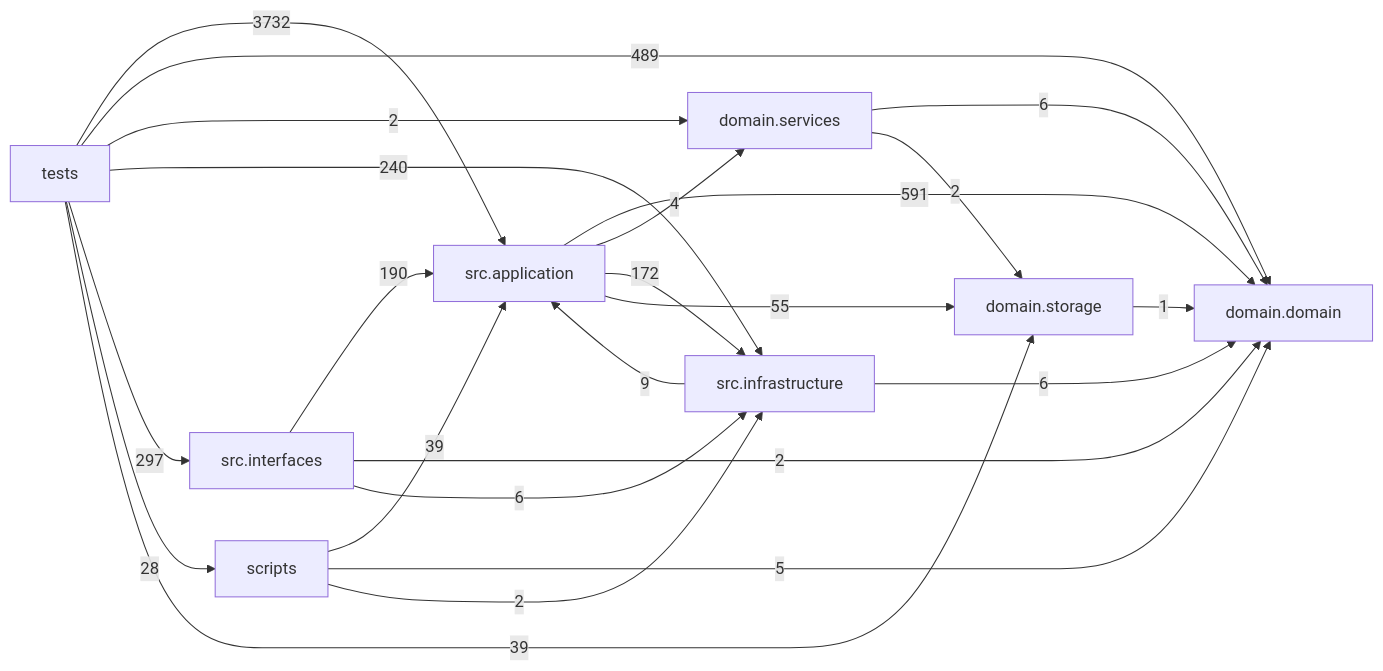
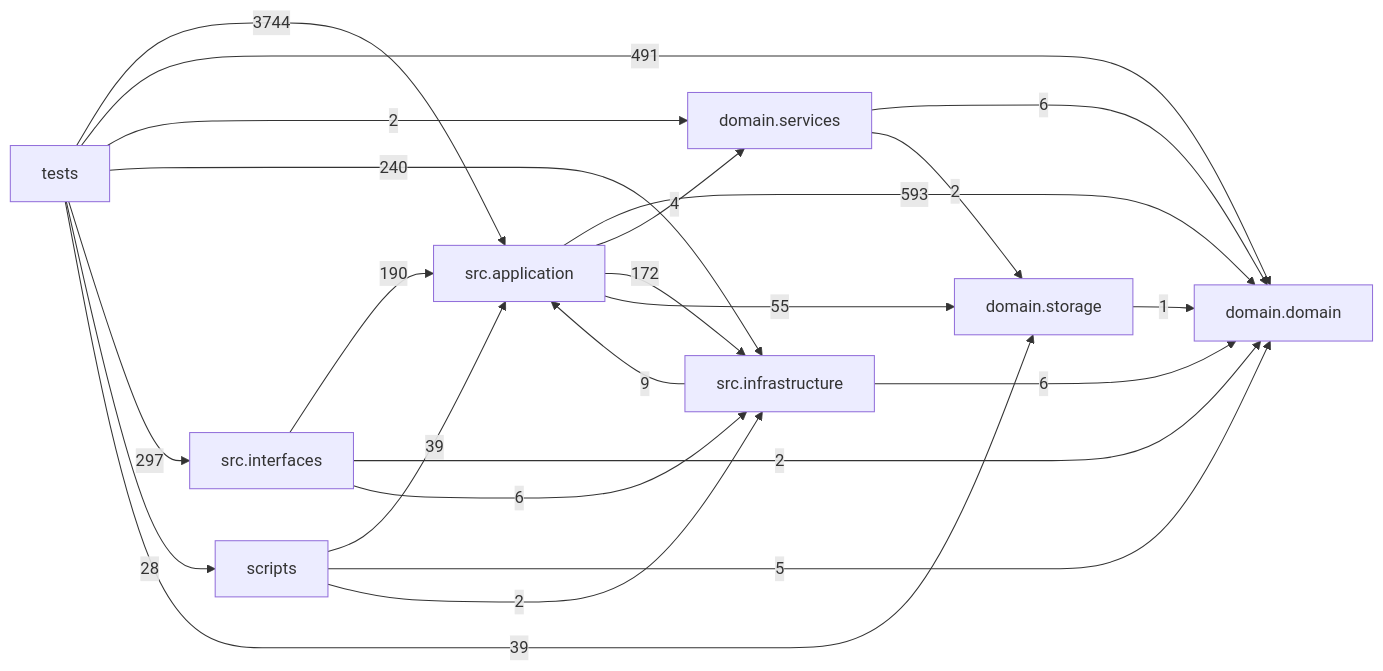
The diagram in docs/DEPENDENCY_GRAPH.md (liuxie066/options-monitor), drawn with Mermaid before and after one commit. The commit also changed other lines of this file and 20 other files, not shown here.

````diff
--- a/docs/DEPENDENCY_GRAPH.md
+++ b/docs/DEPENDENCY_GRAPH.md
@@ -24,33 +24,33 @@
 ```mermaid
 flowchart LR
   tests["tests"]
   scripts["scripts"]
   interfaces["src.interfaces"]
   application["src.application"]
   infrastructure["src.infrastructure"]
   domain_services["domain.services"]
   domain["domain.domain"]
   storage["domain.storage"]
-  application -->|591| domain
+  application -->|593| domain
   application -->|4| domain_services
   application -->|172| infrastructure
   application -->|55| storage
   domain_services -->|6| domain
   domain_services -->|2| storage
   infrastructure -->|9| application
   infrastructure -->|6| domain
   interfaces -->|190| application
   interfaces -->|2| domain
   interfaces -->|6| infrastructure
   scripts -->|39| application
   scripts -->|5| domain
   scripts -->|2| infrastructure
   storage -->|1| domain
-  tests -->|3732| application
-  tests -->|489| domain
+  tests -->|3744| application
+  tests -->|491| domain
   tests -->|2| domain_services
   tests -->|240| infrastructure
   tests -->|297| interfaces
   tests -->|28| scripts
   tests -->|39| storage
 ```
````
